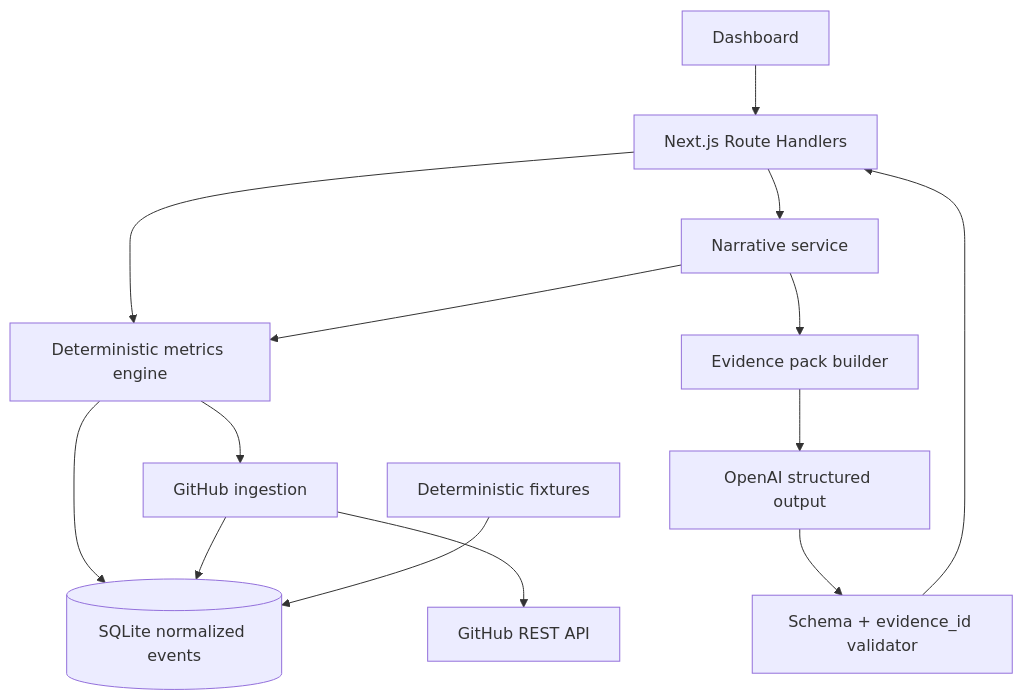
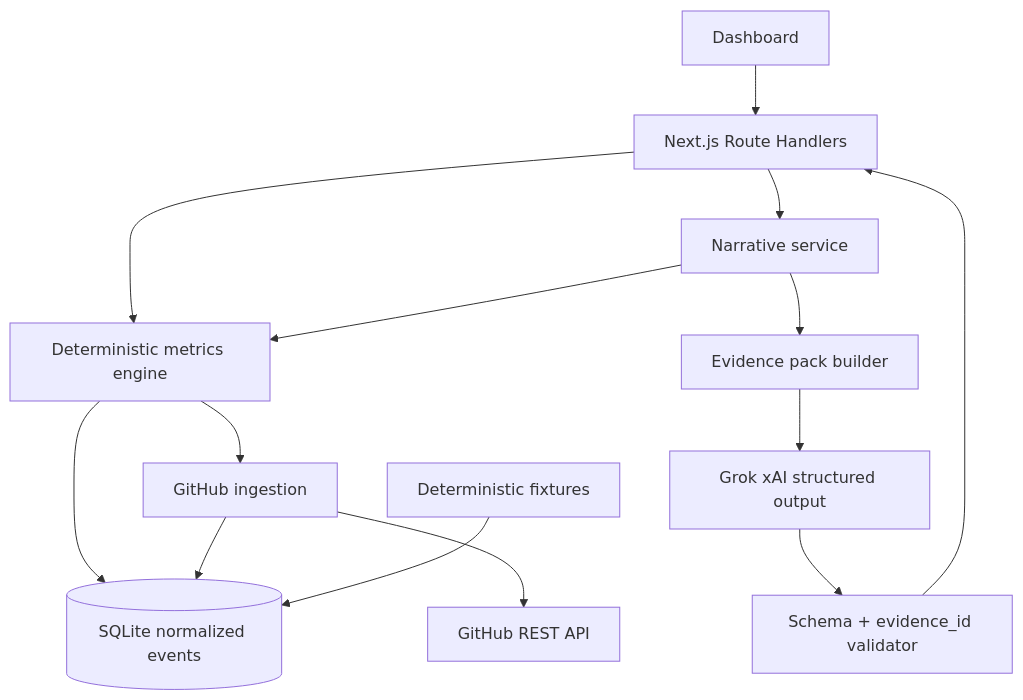
One commit to davidwangv5/dev-insights changed the diagram in docs/architecture.md. Above: the diagram before and after it, drawn with Mermaid. The commit also changed 6 other files, not shown here.

First line of the commit message:
Switch narrative LLM from OpenAI to xAI Grok

````diff
--- a/docs/architecture.md
+++ b/docs/architecture.md
@@ -3,16 +3,16 @@
 ```mermaid
 flowchart TD
   UI[Dashboard] --> API[Next.js Route Handlers]
   API --> Metrics[Deterministic metrics engine]
   API --> Narrative[Narrative service]
   Metrics --> Store[(SQLite normalized events)]
   Metrics --> Ingest[GitHub ingestion]
   Ingest --> GH[GitHub REST API]
   Ingest --> Store
   Narrative --> Metrics
   Narrative --> Evidence[Evidence pack builder]
-  Evidence --> LLM[OpenAI structured output]
+  Evidence --> LLM[Grok xAI structured output]
   LLM --> Validate[Schema + evidence_id validator]
   Validate --> API
   Fixtures[Deterministic fixtures] --> Store
 ```
````
